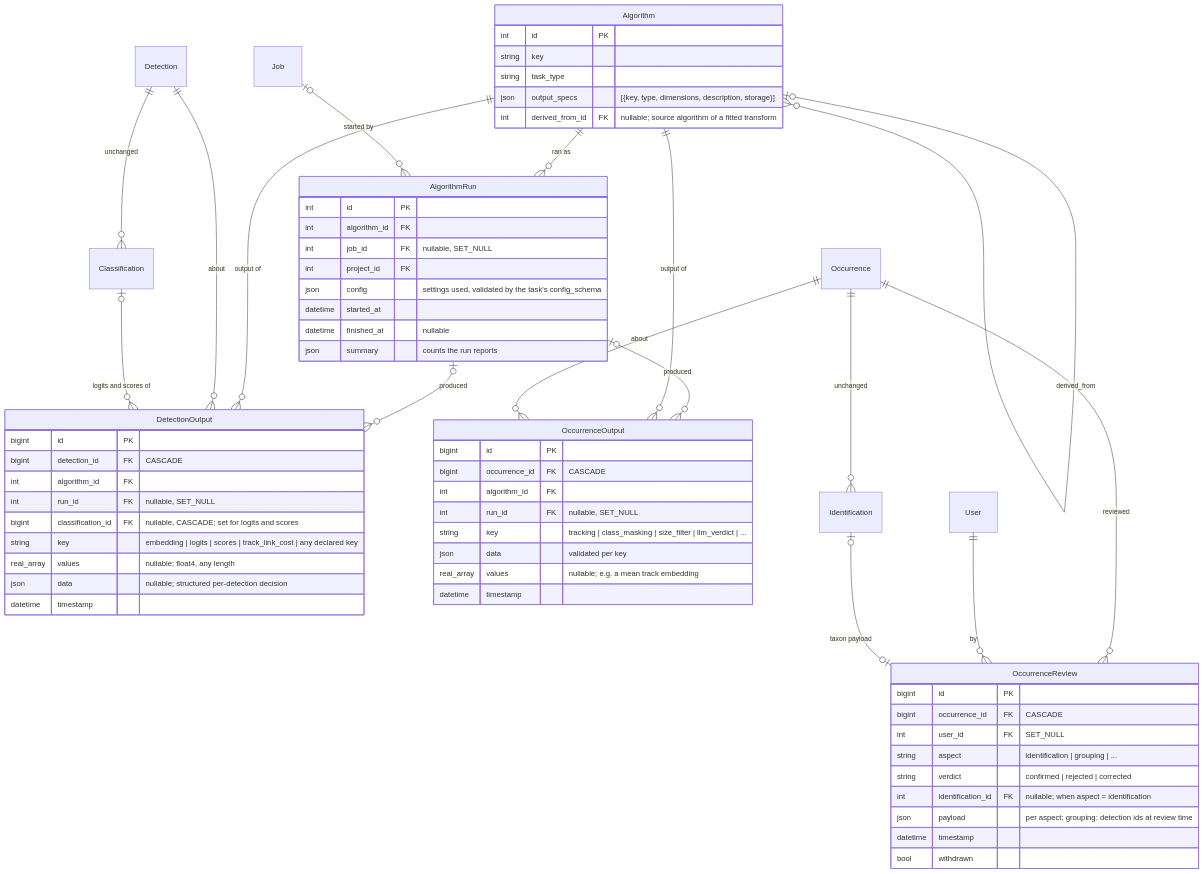
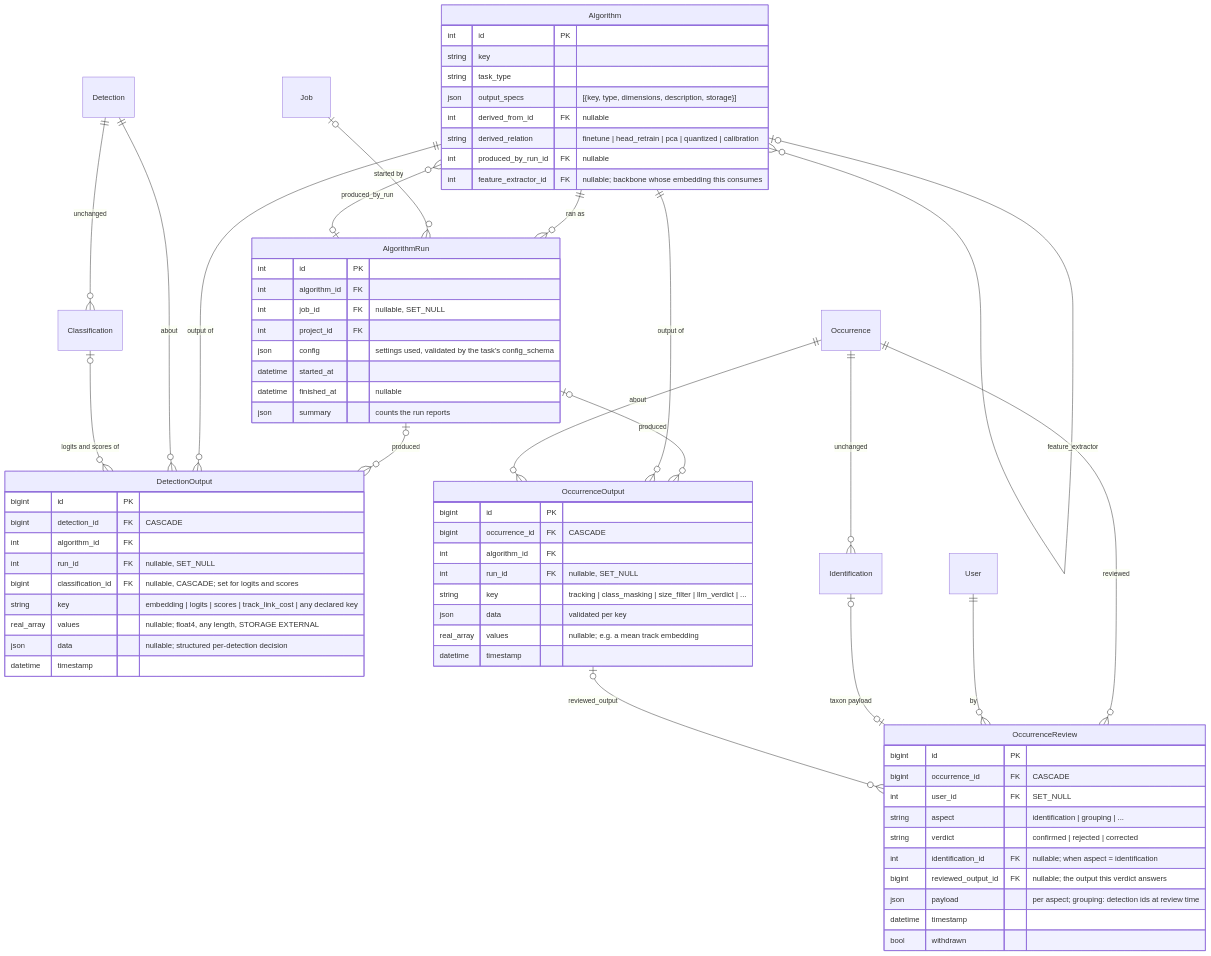
The diagram in docs/claude/planning/2026-10-02-model-outputs-and-review-design.md (RolnickLab/antenna), drawn with Mermaid before and after one commit. The commit also changed other lines of this file, not shown here.

First line of the commit message:
docs: check the model outputs design against external systems and revise it [skip ci]

````diff
--- a/docs/claude/planning/2026-10-02-model-outputs-and-review-design.md
+++ b/docs/claude/planning/2026-10-02-model-outputs-and-review-design.md
@@ -337,68 +487,75 @@
 ```mermaid
 erDiagram
     Algorithm ||--o{ AlgorithmRun : "ran as"
     Job |o--o{ AlgorithmRun : "started by"
-    Algorithm |o--o{ Algorithm : "derived_from"
+    Algorithm |o--o{ Algorithm : "derived_from (typed)"
+    Algorithm |o--o{ Algorithm : "feature_extractor"
+    AlgorithmRun |o--o{ Algorithm : "produced_by_run"
     AlgorithmRun |o--o{ DetectionOutput : "produced"
     AlgorithmRun |o--o{ OccurrenceOutput : "produced"
     Algorithm ||--o{ DetectionOutput : "output of"
     Algorithm ||--o{ OccurrenceOutput : "output of"
     Detection ||--o{ DetectionOutput : "about"
     Classification |o--o{ DetectionOutput : "logits and scores of"
     Occurrence ||--o{ OccurrenceOutput : "about"
     Occurrence ||--o{ OccurrenceReview : "reviewed"
     User ||--o{ OccurrenceReview : "by"
     Identification |o--o| OccurrenceReview : "taxon payload"
+    OccurrenceOutput |o--o{ OccurrenceReview : "reviewed_output"
     Detection ||--o{ Classification : "unchanged"
     Occurrence ||--o{ Identification : "unchanged"
 
     Algorithm {
         int id PK
         string key
         string task_type
         json output_specs "[{key, type, dimensions, description, storage}]"
-        int derived_from_id FK "nullable; source algorithm of a fitted transform"
+        int derived_from_id FK "nullable"
+        string derived_relation "finetune | head_retrain | pca | quantized | calibration"
+        int produced_by_run_id FK "nullable"
+        int feature_extractor_id FK "nullable; backbone whose embedding this consumes"
     }
     AlgorithmRun {
         int id PK
         int algorithm_id FK
         int job_id FK "nullable, SET_NULL"
         int project_id FK
         json config "settings used, validated by the task's config_schema"
         datetime started_at
         datetime finished_at "nullable"
         json summary "counts the run reports"
     }
     DetectionOutput {
         bigint id PK
         bigint detection_id FK "CASCADE"
         int algorithm_id FK
         int run_id FK "nullable, SET_NULL"
         bigint classification_id FK "nullable, CASCADE; set for logits and scores"
         string key "embedding | logits | scores | track_link_cost | any declared key"
-        real_array values "nullable; float4, any length"
+        real_array values "nullable; float4, any length, STORAGE EXTERNAL"
         json data "nullable; structured per-detection decision"
         datetime timestamp
     }
     OccurrenceOutput {
         bigint id PK
         bigint occurrence_id FK "CASCADE"
         int algorithm_id FK
         int run_id FK "nullable, SET_NULL"
         string key "tracking | class_masking | size_filter | llm_verdict | ..."
         json data "validated per key"
         real_array values "nullable; e.g. a mean track embedding"
         datetime timestamp
     }
     OccurrenceReview {
         bigint id PK
         bigint occurrence_id FK "CASCADE"
         int user_id FK "SET_NULL"
         string aspect "identification | grouping | ..."
         string verdict "confirmed | rejected | corrected"
         int identification_id FK "nullable; when aspect = identification"
+        bigint reviewed_output_id FK "nullable; the output this verdict answers"
         json payload "per aspect; grouping: detection ids at review time"
         datetime timestamp
         bool withdrawn
     }
 ```
````
